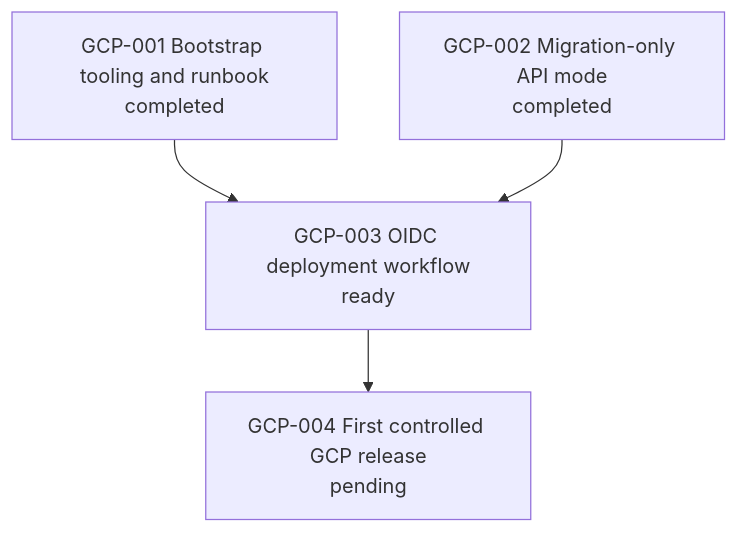
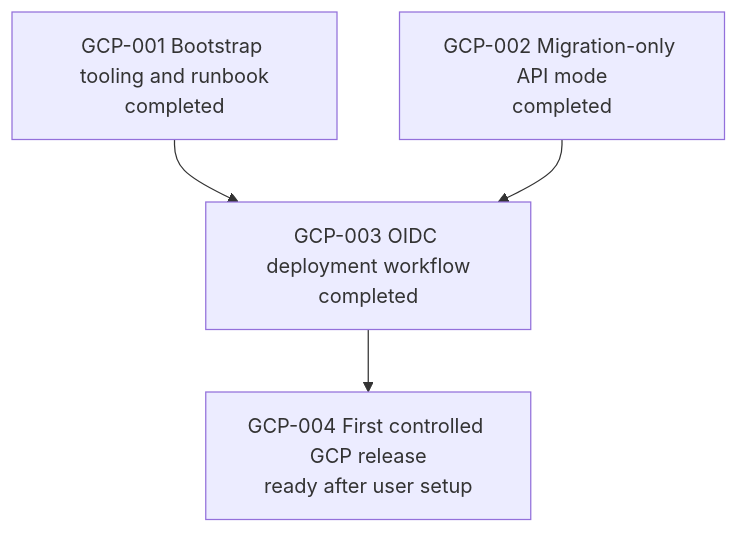
The second of 2 diagrams in agent-workflow/WORK_GRAPH.md (allenljf/algorithm-learning), drawn with Mermaid before and after one commit. The commit also changed other lines of this file and 7 other files, not shown here.

Commit message:
ci: add Cloud Run OIDC deployment workflow

````diff
--- a/agent-workflow/WORK_GRAPH.md
+++ b/agent-workflow/WORK_GRAPH.md
@@ -76,11 +76,11 @@
 ```mermaid
 flowchart TD
   G1[GCP-001 Bootstrap tooling and runbook\ncompleted]
   G2[GCP-002 Migration-only API mode\ncompleted]
-  G3[GCP-003 OIDC deployment workflow\nready]
-  G4[GCP-004 First controlled GCP release\npending]
+  G3[GCP-003 OIDC deployment workflow\ncompleted]
+  G4[GCP-004 First controlled GCP release\nready after user setup]
 
   G1 --> G3
   G2 --> G3
   G3 --> G4
 ```
````
